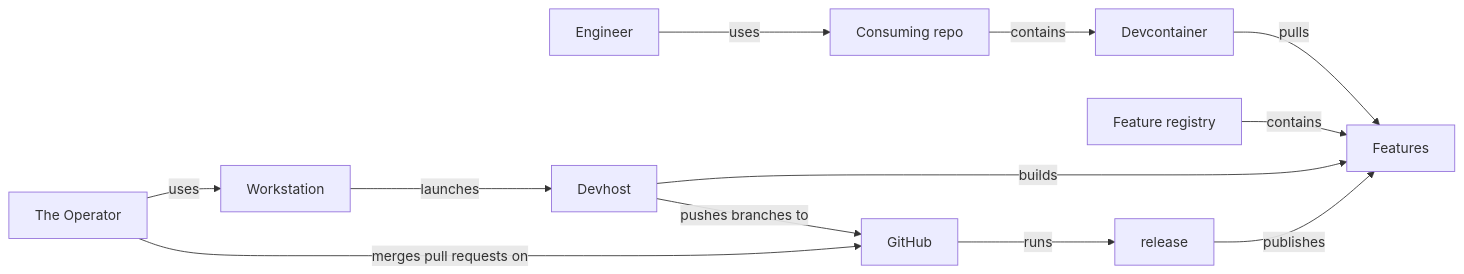
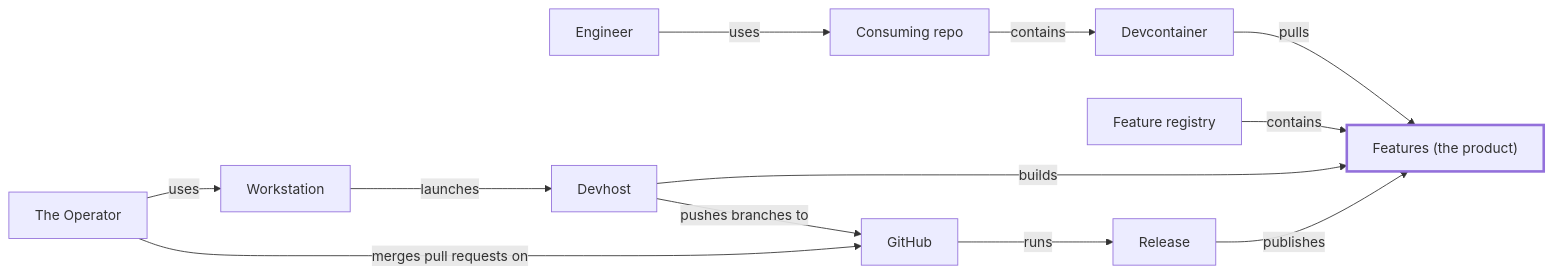
Before and after one commit to nabil-becker/devcontainer-features: the diagram in docs/model/c4-context.md, drawn with Mermaid. The commit also changed other lines of this file and 1 other file, not shown here.

First line of the commit message:
docs(model): the C4 context view puts the Features at the centre (reorder-backlog-features-center)

````diff
--- a/docs/model/c4-context.md
+++ b/docs/model/c4-context.md
@@ -7,23 +9,26 @@
 ```mermaid
 flowchart LR
   engineer["Engineer"]
   consuming-repo["Consuming repo"]
   devcontainer["Devcontainer"]
-  feature["Features"]
+  feature["Features (the product)"]
   feature-registry["Feature registry"]
-  devhost["Devhost"]
   operator["The Operator"]
   workstation["Workstation"]
+  devhost["Devhost"]
   external-github["GitHub"]
+  release["Release"]
   engineer -->|uses| consuming-repo
   consuming-repo -->|contains| devcontainer
   devcontainer -->|pulls| feature
   feature-registry -->|contains| feature
-  devhost -->|builds| feature
-  release -->|publishes| feature
   operator -->|uses| workstation
   workstation -->|launches| devhost
+  devhost -->|builds| feature
   devhost -->|pushes branches to| external-github
   operator -->|merges pull requests on| external-github
   external-github -->|runs| release
+  release -->|publishes| feature
+  classDef product stroke-width:3px
+  class feature product
 ```
````
